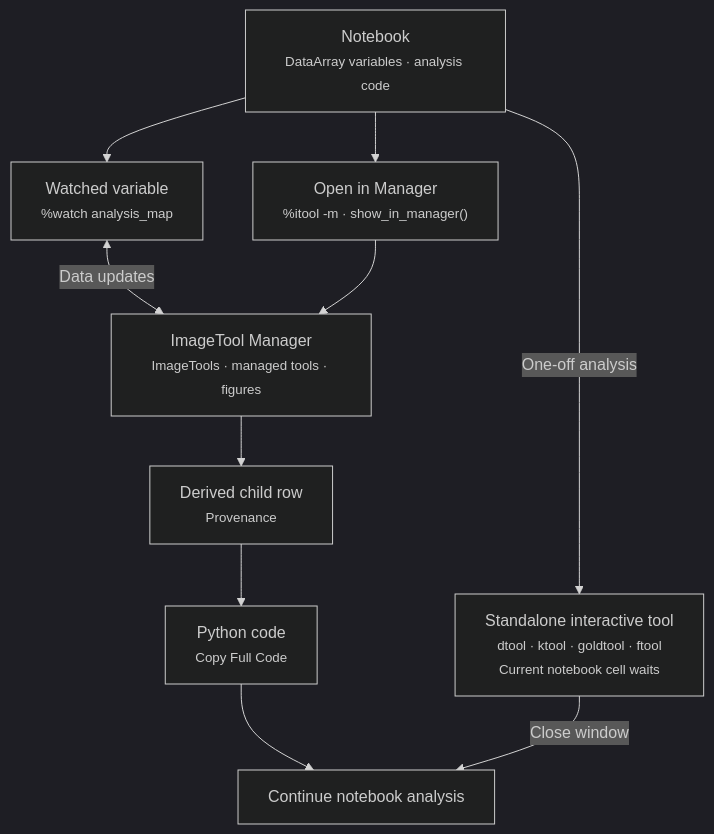
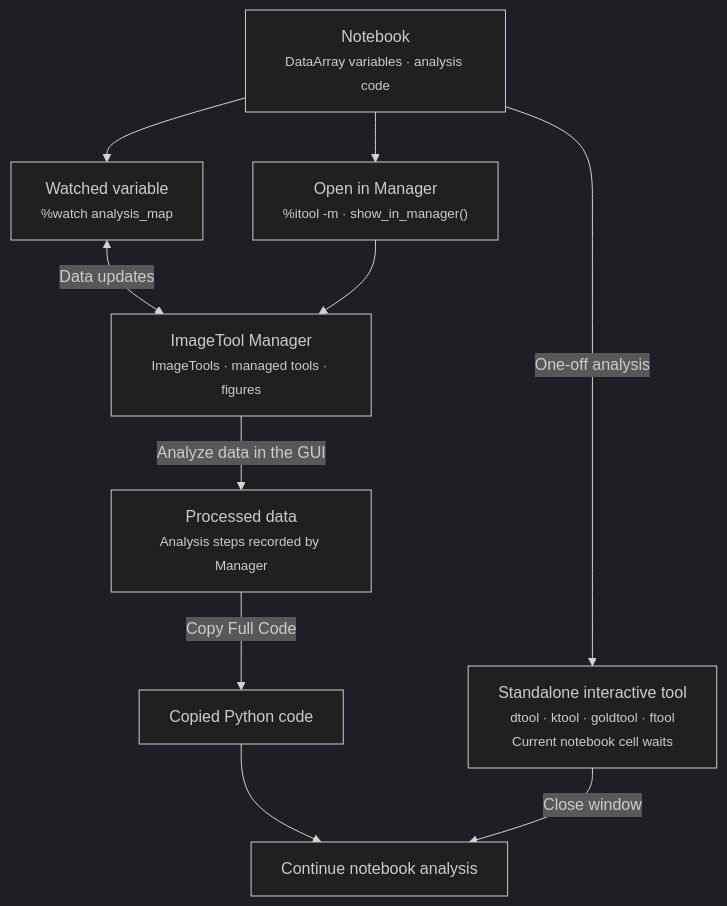
One commit to kmnhan/erlabpy changed the diagram in docs/source/explanation/python-and-gui-workflows.md. Above: the diagram before and after it, drawn with Mermaid (dark theme). The commit also changed other lines of this file and 34 other files, not shown here.

````diff
--- a/docs/source/explanation/python-and-gui-workflows.md
+++ b/docs/source/explanation/python-and-gui-workflows.md
@@ -24,24 +24,25 @@
 ```{mermaid}
 :alt: A notebook can synchronize a variable with ImageTool Manager, open data in Manager once, or run a standalone interactive tool until the tool closes.
 
 flowchart TB
     notebook["Notebook<br/><small>DataArray variables · analysis code</small>"]
     watched["Watched variable<br/><small>%watch analysis_map</small>"]
     open["Open in Manager<br/><small>%itool -m · show_in_manager()</small>"]
     manager["ImageTool Manager<br/><small>ImageTools · managed tools · figures</small>"]
-    result["Derived child row<br/><small>Provenance</small>"]
-    code["Python code<br/><small>Copy Full Code</small>"]
+    result["Processed data<br/><small>Analysis steps recorded by Manager</small>"]
+    code["Copied Python code"]
     tool["Standalone interactive tool<br/><small>dtool · ktool · goldtool · ftool<br/>Current notebook cell waits</small>"]
     continue["Continue notebook analysis"]
 
     notebook --> watched
     watched <-->|"Data updates"| manager
     notebook --> open --> manager
-    manager --> result --> code --> continue
+    manager -->|"Analyze data in the GUI"| result
+    result -->|"Copy Full Code"| code --> continue
     notebook -->|"One-off analysis"| tool
     tool -->|"Close window"| continue
 
     class notebook input
     class watched,open,manager,tool focus
     class result,code,continue output
 ```
````
